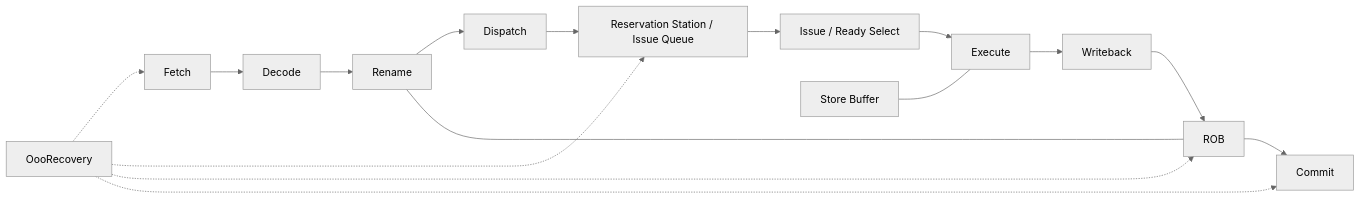
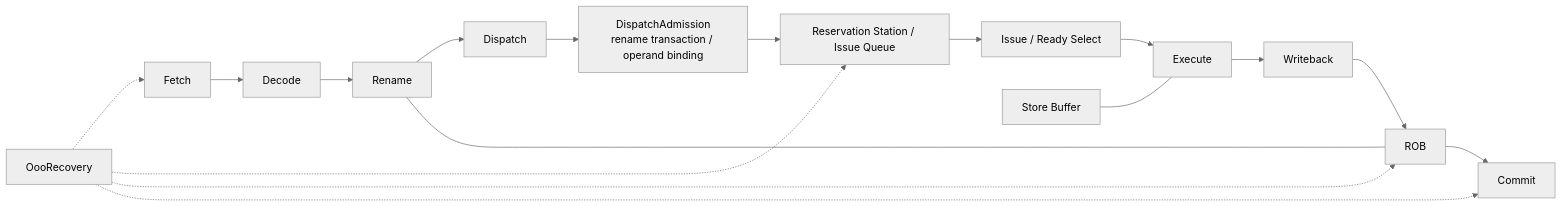
The third of 4 diagrams in ARCHITECTURE.md (jensen-yan/risc-v-simulator), drawn with Mermaid (neutral theme) before and after one commit. The commit also changed other lines of this file and 10 other files, not shown here.

First line of the commit message:
refactor: 深化 Dispatch Admission 事务边界

````diff
--- a/ARCHITECTURE.md
+++ b/ARCHITECTURE.md
@@ -93,18 +93,19 @@
 ```mermaid
 flowchart LR
   f["Fetch"] --> d["Decode"]
   d --> r["Rename"]
   r --> dis["Dispatch"]
-  dis --> rs["Reservation Station / Issue Queue"]
+  dis --> da["DispatchAdmission\nrename transaction / operand binding"]
+  da --> rs["Reservation Station / Issue Queue"]
   rs --> iss["Issue / Ready Select"]
   iss --> e["Execute"]
   e --> w["Writeback"]
   w --> rob["ROB"]
   rob --> c["Commit"]
   rec["OooRecovery"] -.-> f
   rec -.-> rs
   rec -.-> rob
   rec -.-> c
   sb["Store Buffer"] --- e
   rob --- r
 ```
````
